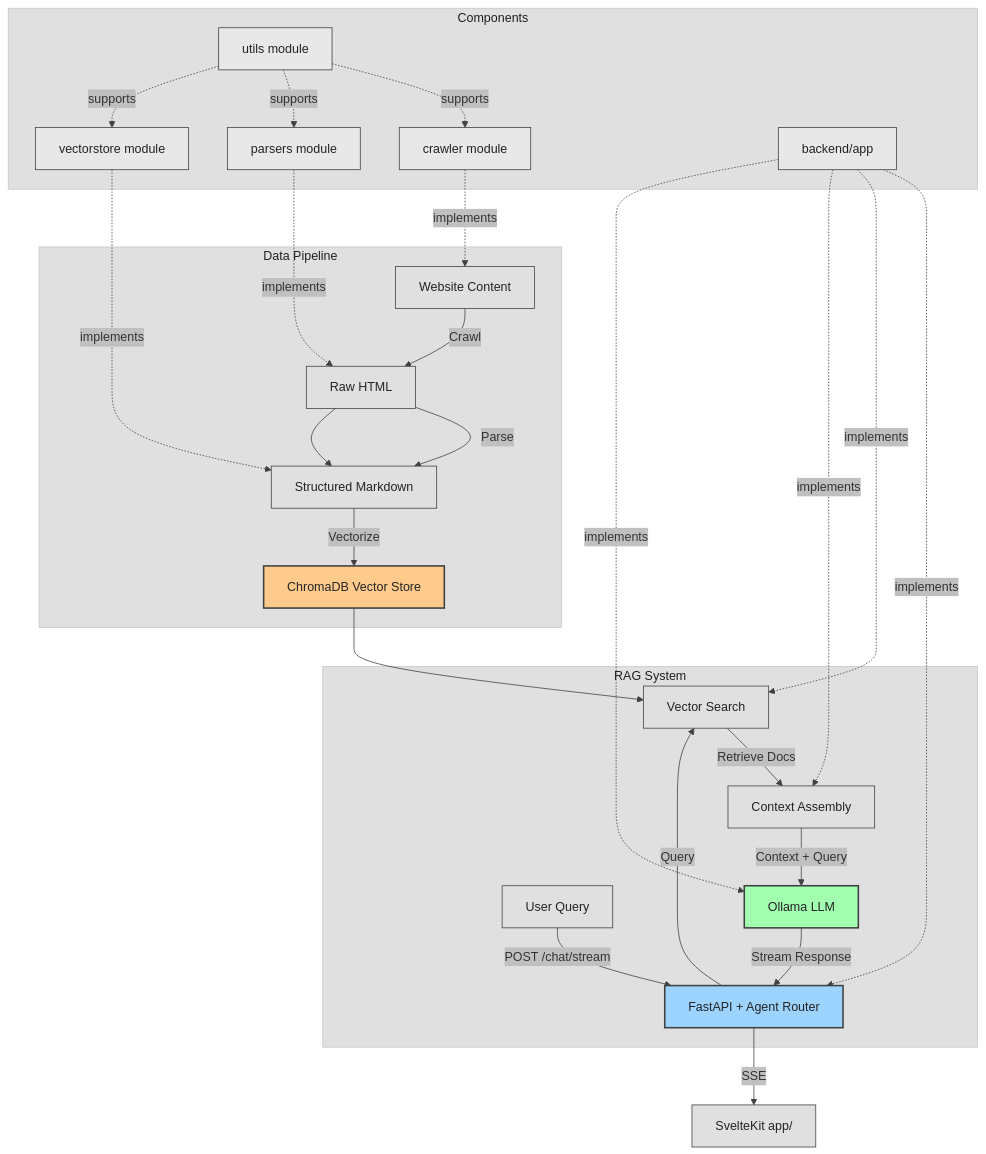
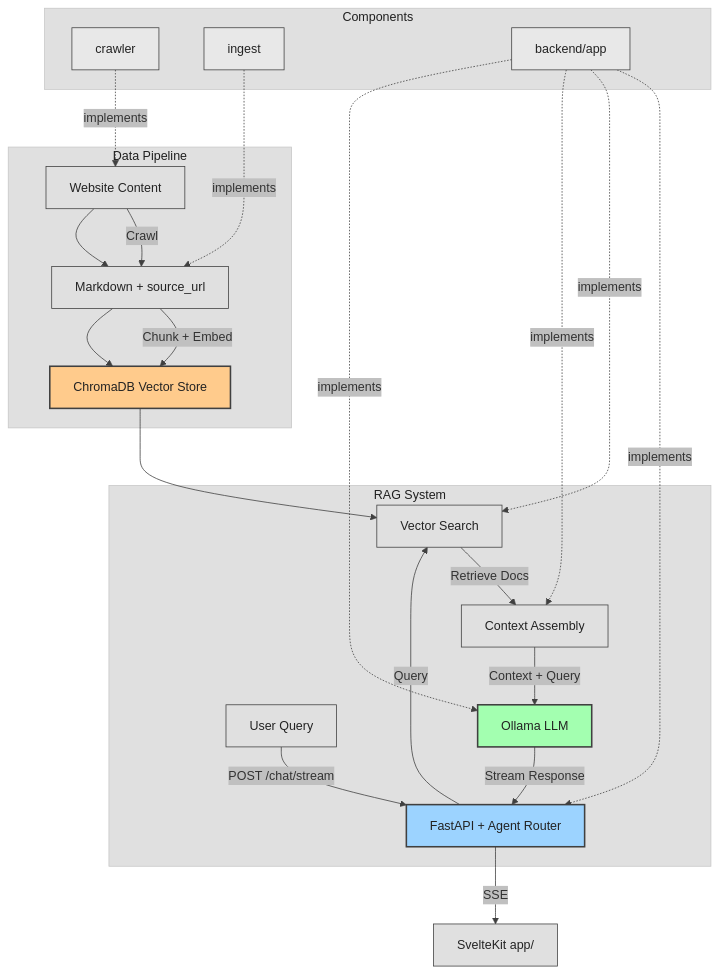
Before and after one commit to Finntegrate/tapio: the diagram in CONTRIBUTING.md, drawn with Mermaid. The commit also changed 13 other files, not shown here.

````diff
--- a/CONTRIBUTING.md
+++ b/CONTRIBUTING.md
@@ -49,39 +49,36 @@
 ```mermaid
 %%{init: {'theme': 'base', 'themeVariables': { 'primaryColor': '#f0f0f0', 'primaryTextColor': '#323232', 'primaryBorderColor': '#606060', 'lineColor': '#404040', 'secondaryColor': '#c0c0c0', 'tertiaryColor': '#e0e0e0' }}}%%
 graph TD
     subgraph Data Pipeline
-        A[Website Content] -->|Crawl| B[Raw HTML]
-        B -->|Parse| C[Structured Markdown]
-        C -->|Vectorize| D[ChromaDB Vector Store]
+        A[Website Content] -->|Crawl| B[Markdown + source_url]
+        B -->|Chunk + Embed| D[ChromaDB Vector Store]
     end
 
     subgraph RAG System
         E[User Query] -->|POST /chat/stream| F[FastAPI + Agent Router]
         F -->|Query| G[Vector Search]
         G -->|Retrieve Docs| H[Context Assembly]
         H -->|Context + Query| I[Ollama LLM]
         I -->|Stream Response| F
     end
 
     D --> G
     F -->|SSE| Svelte[SvelteKit app/]
 
     subgraph Components
-        J[crawler module] -.->|implements| A
-        K[parsers module] -.->|implements| B --> C
-        L[vectorstore module] -.->|implements| C
-        M[utils module] -.->|supports| J & K & L
+        J[crawler] -.->|implements| A --> B
+        K[ingest] -.->|implements| B --> D
         N[backend/app] -.->|implements| F & G & H & I
     end
 
     classDef neutral fill:#e0e0e0,stroke:#404040,stroke-width:1px,color:#232323
     classDef component fill:#e8e8e8,stroke:#404040,stroke-width:1px,color:#232323
     classDef vectorstore fill:#ffcb8c,stroke:#404040,stroke-width:2px,color:#232323
     classDef api fill:#9cd3ff,stroke:#404040,stroke-width:2px,color:#232323
     classDef ollama fill:#a3ffb0,stroke:#404040,stroke-width:2px,color:#232323
-    class A,B,C,E,G,H,Svelte neutral
-    class J,K,L,M,N component
+    class A,B,E,G,H,Svelte neutral
+    class J,K,N component
     class D vectorstore
     class F api
     class I ollama
 ```
````
